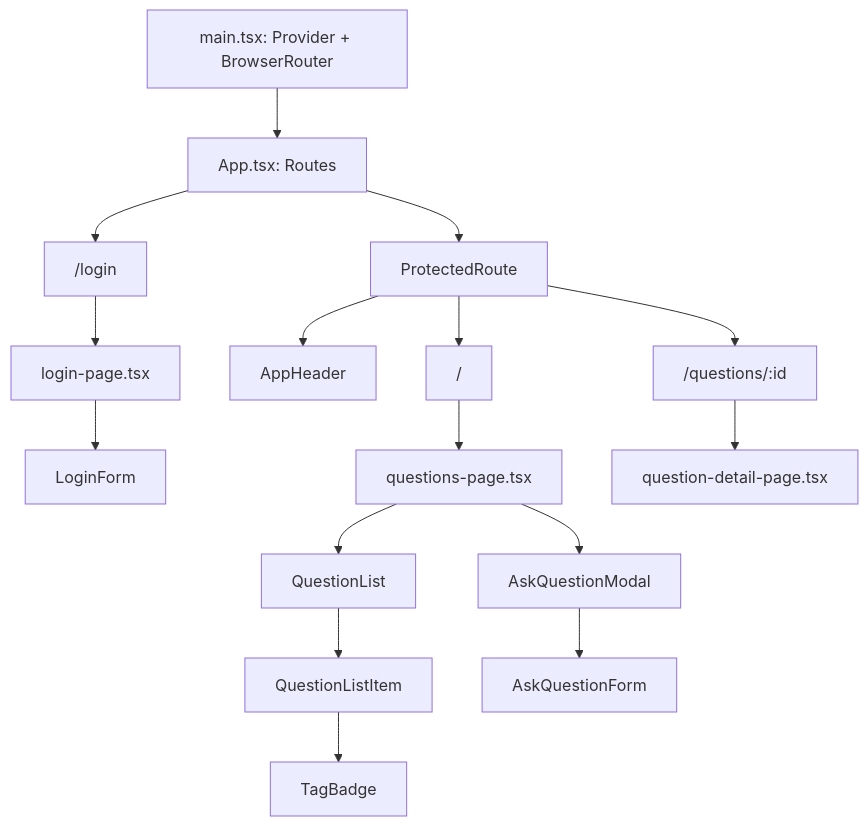
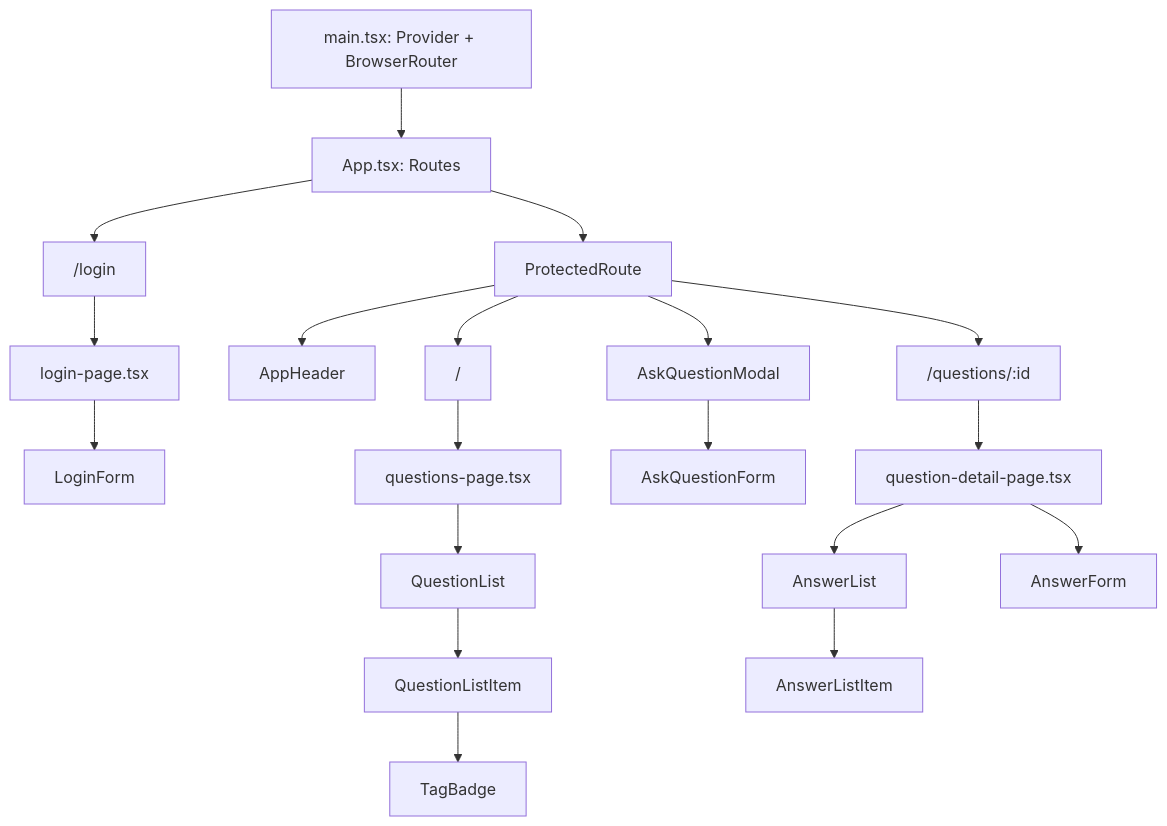
One commit to MorTab1000/IVOverflow changed the fourth of 6 diagrams in architecture.md. Above: the diagram before and after it, drawn with Mermaid. The commit also changed other lines of this file and 4 other files, not shown here.

Commit message:
feat(client): wire answer list and automatic form-reset logic on question detail view

````diff
--- a/architecture.md
+++ b/architecture.md
@@ -297,22 +314,25 @@
 ```mermaid
 flowchart TD
     Main[main.tsx: Provider + BrowserRouter] --> AppRoot[App.tsx: Routes]
     AppRoot --> LoginRoute["/login"]
     AppRoot --> Protected[ProtectedRoute]
 
     LoginRoute --> LoginPage[login-page.tsx]
     LoginPage --> LoginForm
 
     Protected --> Header[AppHeader]
     Protected --> QuestionsRoute["/"]
     Protected --> DetailRoute["/questions/:id"]
 
     QuestionsRoute --> QuestionsPage[questions-page.tsx]
     QuestionsPage --> QuestionList
     QuestionList --> QuestionListItem
     QuestionListItem --> TagBadge
-    QuestionsPage --> AskQuestionModal
+    Protected --> AskQuestionModal
     AskQuestionModal --> AskQuestionForm
 
     DetailRoute --> QuestionDetailPage[question-detail-page.tsx]
+    QuestionDetailPage --> AnswerList
+    AnswerList --> AnswerListItem
+    QuestionDetailPage --> AnswerForm
 ```
````
